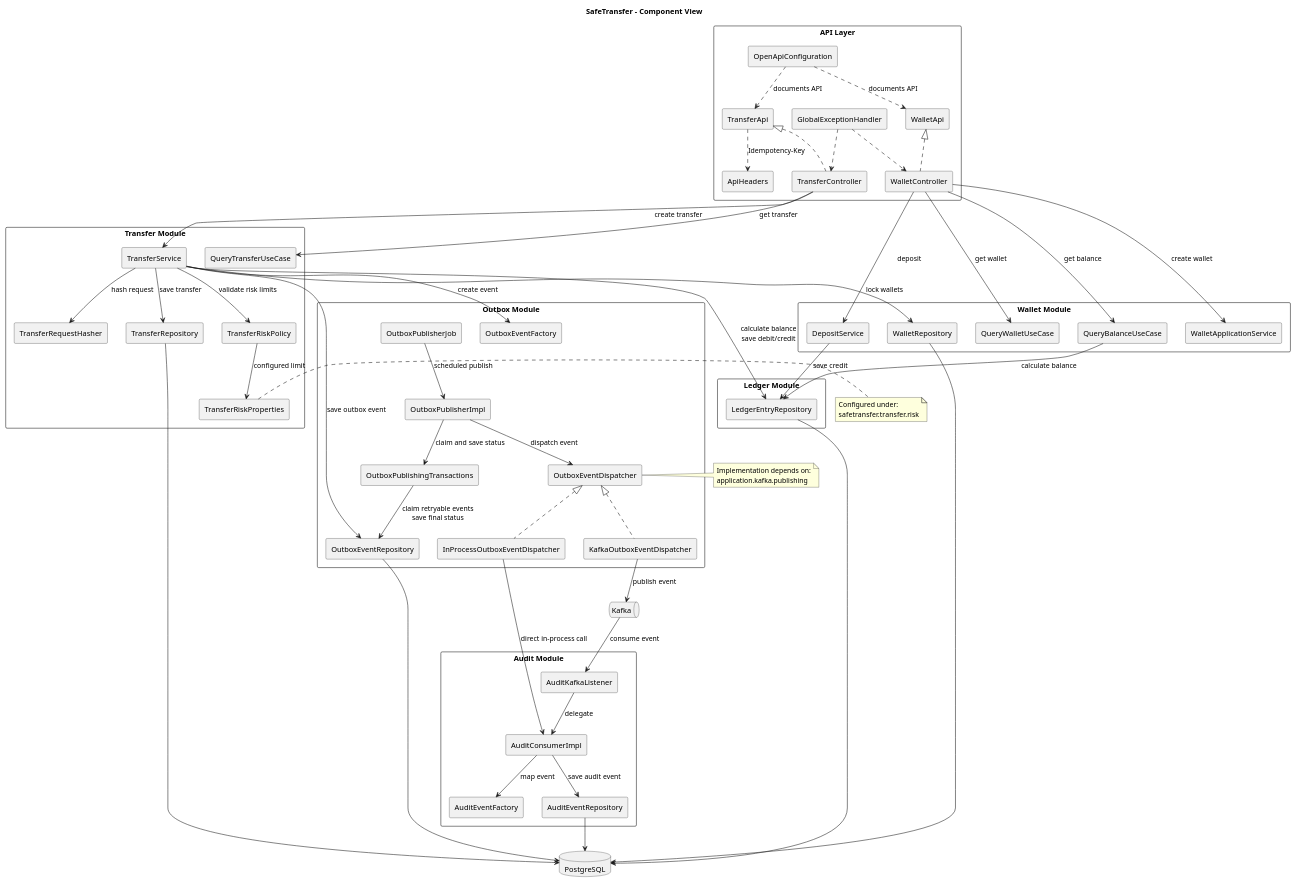
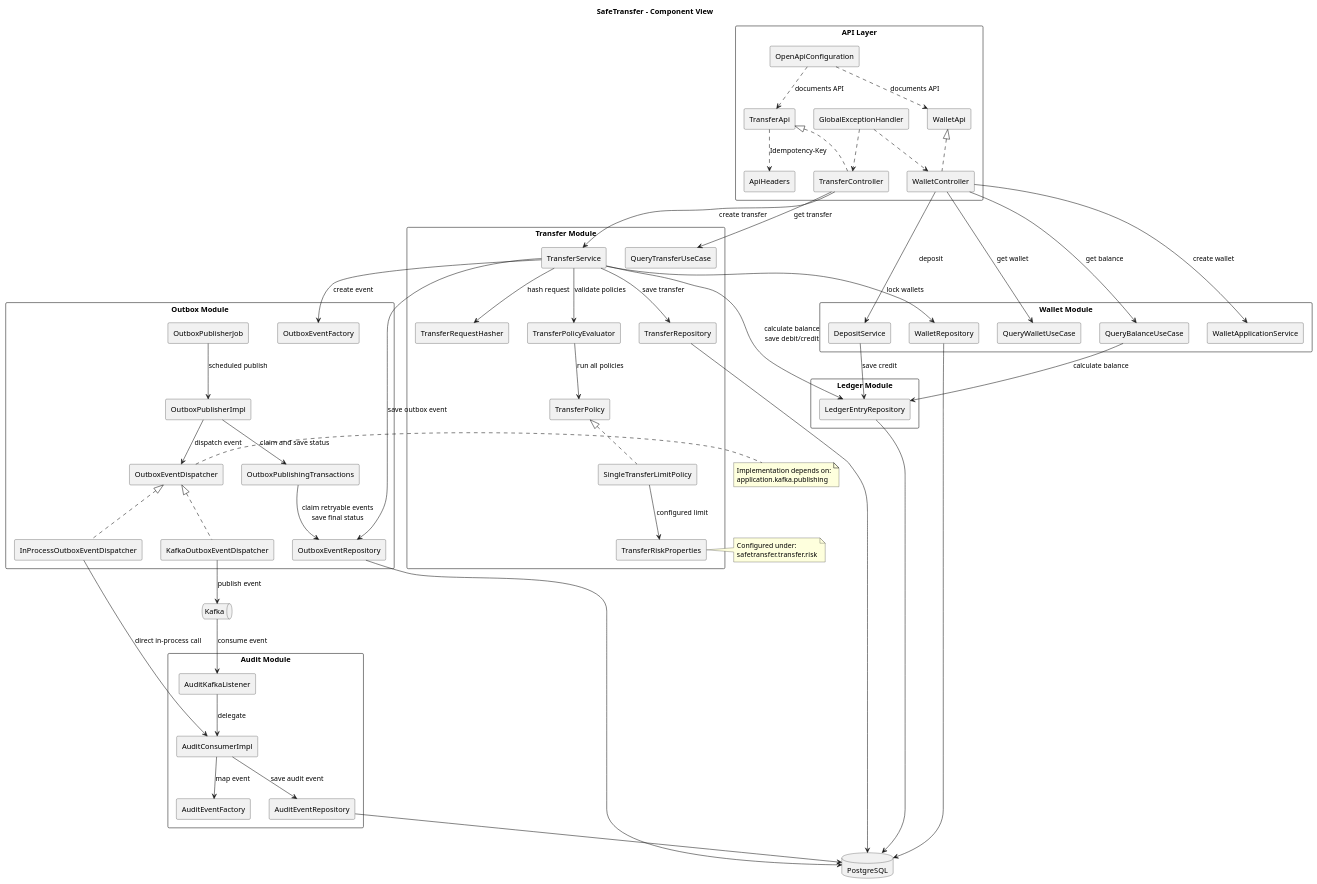
Before and after one commit to ngnowak/safe-transfer: the diagram in architecture/component-view.puml, drawn with PlantUML. The commit also changed 11 other files, not shown here.

Commit message:
XXX(007): chain of responsibility for  TransferPolicy

```diff
--- a/architecture/component-view.puml
+++ b/architecture/component-view.puml
@@ -1,118 +1,122 @@
 @startuml SafeTransfer Component View
 title SafeTransfer - Component View
 
 skinparam shadowing false
 skinparam componentStyle rectangle
 skinparam packageStyle rectangle
 
 package "API Layer" {
   [WalletApi] as WalletApi
   [WalletController] as WalletController
   [TransferApi] as TransferApi
   [TransferController] as TransferController
   [ApiHeaders] as ApiHeaders
   [GlobalExceptionHandler] as GlobalExceptionHandler
   [OpenApiConfiguration] as OpenApiConfiguration
 }
 
 package "Wallet Module" {
   [WalletApplicationService] as WalletService
   [DepositService] as DepositService
   [QueryWalletUseCase] as QueryWallet
   [QueryBalanceUseCase] as QueryBalance
   [WalletRepository] as WalletRepository
 }
 
 package "Transfer Module" {
   [TransferService] as TransferService
   [TransferRequestHasher] as TransferRequestHasher
-  [TransferRiskPolicy] as TransferRiskPolicy
+  [TransferPolicyEvaluator] as TransferPolicyEvaluator
+  [TransferPolicy] as TransferPolicy
+  [SingleTransferLimitPolicy] as SingleTransferLimitPolicy
   [TransferRiskProperties] as TransferRiskProperties
   [QueryTransferUseCase] as QueryTransfer
   [TransferRepository] as TransferRepository
 }
 
 package "Ledger Module" {
   [LedgerEntryRepository] as LedgerRepository
 }
 
 package "Outbox Module" {
   [OutboxEventFactory] as OutboxFactory
   [OutboxPublisherJob] as PublisherJob
   [OutboxPublisherImpl] as Publisher
   [OutboxPublishingTransactions] as PublisherTransactions
   [OutboxEventDispatcher] as Dispatcher
   [InProcessOutboxEventDispatcher] as InProcessDispatcher
   [KafkaOutboxEventDispatcher] as KafkaDispatcher
   [OutboxEventRepository] as OutboxRepository
 }
 
 package "Audit Module" {
   [AuditKafkaListener] as AuditKafkaListener
   [AuditConsumerImpl] as AuditConsumer
   [AuditEventFactory] as AuditFactory
   [AuditEventRepository] as AuditRepository
 }
 
 database "PostgreSQL" as Db
 queue "Kafka" as Kafka
 
 WalletApi <|.. WalletController
 TransferApi <|.. TransferController
 OpenApiConfiguration ..> WalletApi : documents API
 OpenApiConfiguration ..> TransferApi : documents API
 TransferApi ..> ApiHeaders : Idempotency-Key
 
 WalletController --> WalletService : create wallet
 WalletController --> QueryWallet : get wallet
 WalletController --> QueryBalance : get balance
 WalletController --> DepositService : deposit
 
 TransferController --> TransferService : create transfer
 TransferController --> QueryTransfer : get transfer
 
 TransferService --> TransferRequestHasher : hash request
-TransferService --> TransferRiskPolicy : validate risk limits
-TransferRiskPolicy --> TransferRiskProperties : configured limit
+TransferService --> TransferPolicyEvaluator : validate policies
+TransferPolicyEvaluator --> TransferPolicy : run all policies
+TransferPolicy <|.. SingleTransferLimitPolicy
+SingleTransferLimitPolicy --> TransferRiskProperties : configured limit
 TransferService --> WalletRepository : lock wallets
 TransferService --> LedgerRepository : calculate balance\nsave debit/credit
 TransferService --> TransferRepository : save transfer
 TransferService --> OutboxFactory : create event
 TransferService --> OutboxRepository : save outbox event
 
 QueryBalance --> LedgerRepository : calculate balance
 DepositService --> LedgerRepository : save credit
 
 PublisherJob --> Publisher : scheduled publish
 Publisher --> PublisherTransactions : claim and save status
 PublisherTransactions --> OutboxRepository : claim retryable events\nsave final status
 Publisher --> Dispatcher : dispatch event
 Dispatcher <|.. InProcessDispatcher
 Dispatcher <|.. KafkaDispatcher
 InProcessDispatcher --> AuditConsumer : direct in-process call
 KafkaDispatcher --> Kafka : publish event
 Kafka --> AuditKafkaListener : consume event
 AuditKafkaListener --> AuditConsumer : delegate
 AuditConsumer --> AuditFactory : map event
 AuditConsumer --> AuditRepository : save audit event
 
 WalletRepository --> Db
 TransferRepository --> Db
 LedgerRepository --> Db
 OutboxRepository --> Db
 AuditRepository --> Db
 
 GlobalExceptionHandler ..> WalletController
 GlobalExceptionHandler ..> TransferController
 
 note right of Dispatcher
   Implementation depends on:
   application.kafka.publishing
 end note
 
 note right of TransferRiskProperties
   Configured under:
   safetransfer.transfer.risk
 end note
 
 @enduml
```
